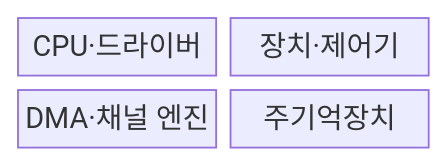
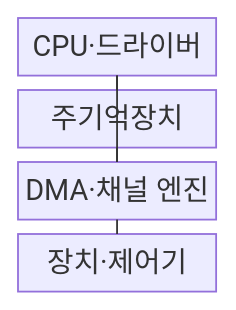
One commit to agnusdei1207/knowledge-base changed the first of 2 diagrams in src/content/docs/notes/02-hardware/033_io_interface.md. Above: the diagram before and after it, drawn with Mermaid. The commit also changed other lines of this file and 20 other files, not shown here.

````diff
--- a/src/content/docs/notes/02-hardware/033_io_interface.md
+++ b/src/content/docs/notes/02-hardware/033_io_interface.md
@@ -66,8 +66,12 @@
 ```mermaid
 block
-    columns 2
+    columns 1
     C["CPU·드라이버"]
+    M["주기억장치"]
+    E["DMA·채널 엔진"]
     D["장치·제어기"]
-    E["DMA·채널 엔진"]
-    M["주기억장치"]
+    C --- M
+    C --- E
+    E --- M
+    E --- D
 ```
````
